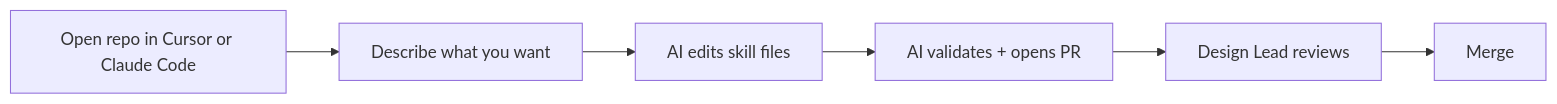
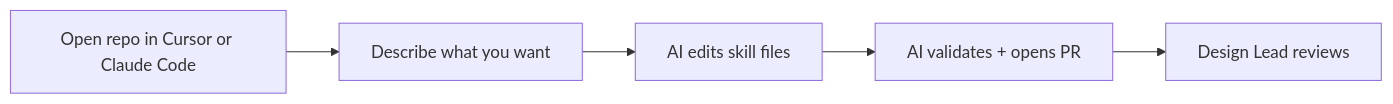
The diagram in GETTING_STARTED.md (asgueto/ux-team-skills), drawn with Mermaid before and after one commit. The commit also changed other lines of this file and 2 other files, not shown here.

````diff
--- a/GETTING_STARTED.md
+++ b/GETTING_STARTED.md
@@ -24,8 +67,7 @@
 ```mermaid
 flowchart LR
     A[Open repo in Cursor or Claude Code] --> B[Describe what you want]
     B --> C[AI edits skill files]
     C --> D[AI validates + opens PR]
     D --> E[Design Lead reviews]
-    E --> F[Merge]
 ```
````
